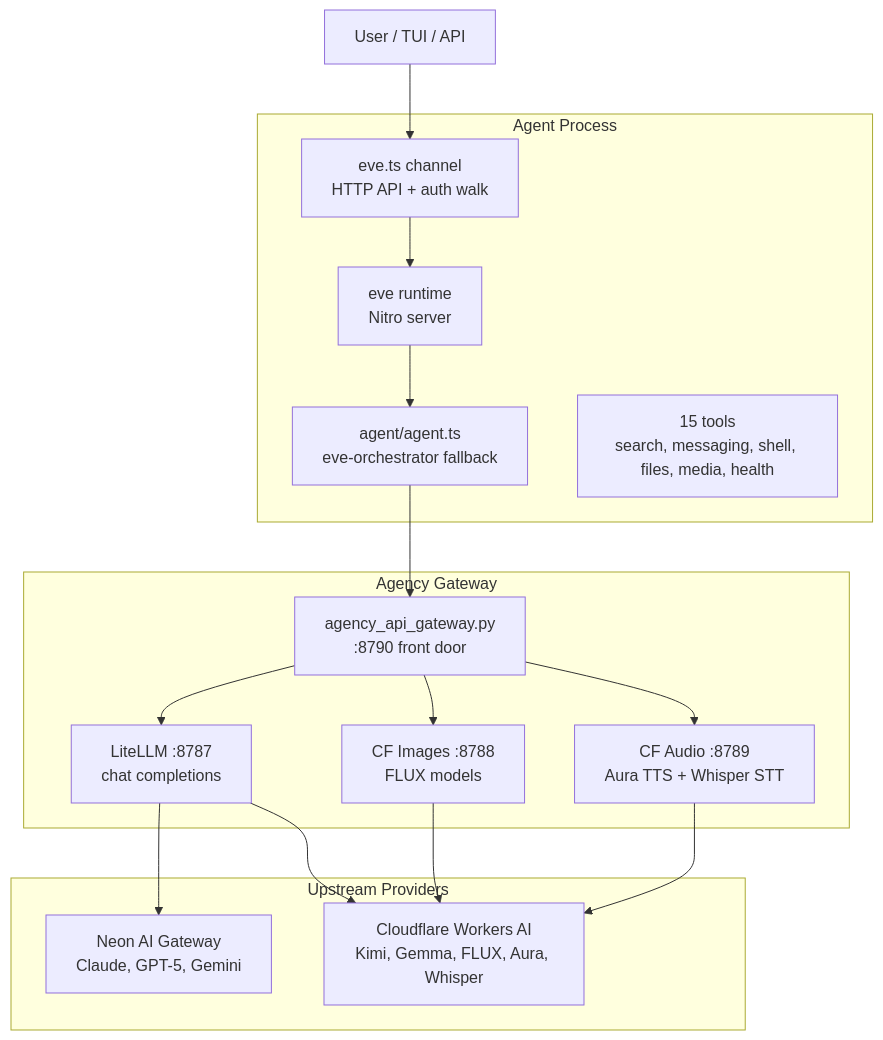
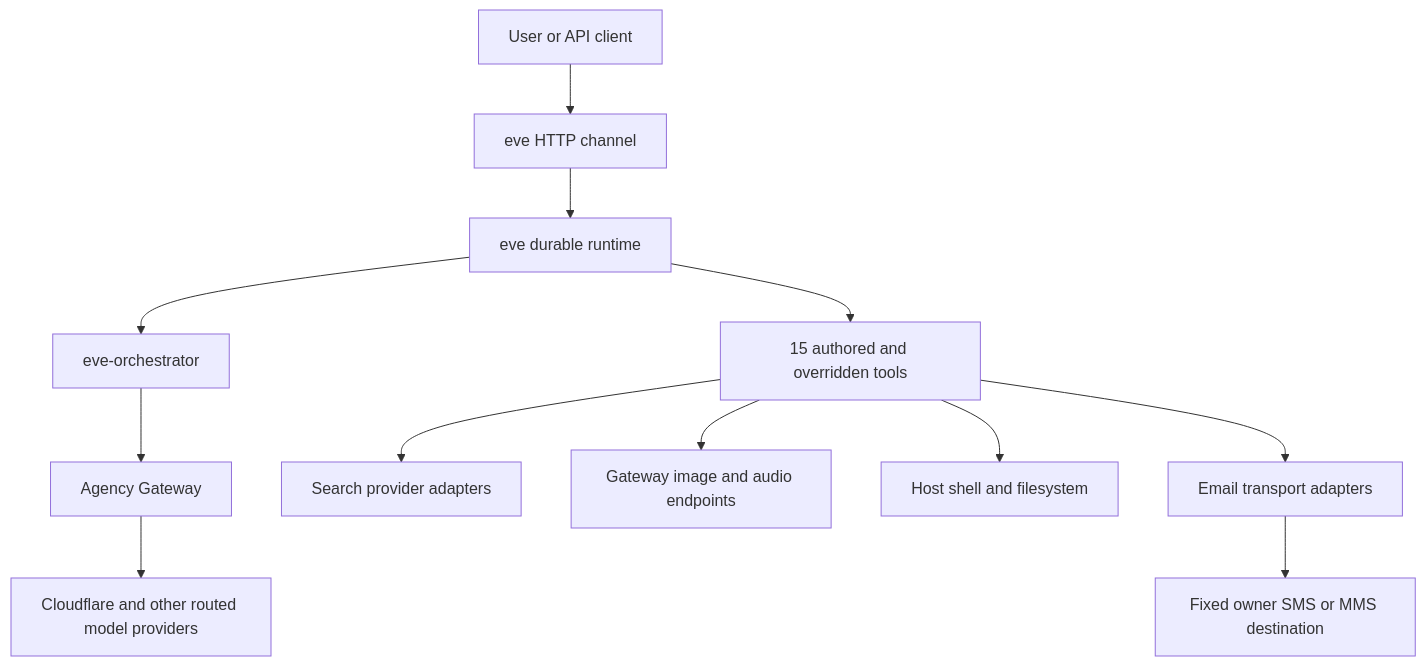
The diagram in docs/architecture.md (jamesnavinhill/eve), drawn with Mermaid before and after one commit. The commit also changed other lines of this file and 15 other files, not shown here.

````diff
--- a/docs/architecture.md
+++ b/docs/architecture.md
@@ -7,28 +10,14 @@
 ```mermaid
 graph TD
-    subgraph Agent Process
-        EVE[eve runtime<br/>Nitro server]
-        AGENT[agent/agent.ts<br/>eve-orchestrator fallback]
-        TOOLS[15 tools<br/>search, messaging, shell, files, media, health]
-        CH[eve.ts channel<br/>HTTP API + auth walk]
-    end
-
-    subgraph Agency Gateway
-        GW[agency_api_gateway.py<br/>:8790 front door]
-        LITELLM[LiteLLM :8787<br/>chat completions]
-        IMG[CF Images :8788<br/>FLUX models]
-        AUDIO[CF Audio :8789<br/>Aura TTS + Whisper STT]
-    end
-
-    subgraph Upstream Providers
-        NEON[Neon AI Gateway<br/>Claude, GPT-5, Gemini]
-        CF[Cloudflare Workers AI<br/>Kimi, Gemma, FLUX, Aura, Whisper]
-    end
-
-    USER[User / TUI / API] --> CH --> EVE
-    EVE --> AGENT --> GW
-    GW --> LITELLM --> NEON
-    LITELLM --> CF
-    GW --> IMG --> CF
-    GW --> AUDIO --> CF
+    USER[User or API client] --> HTTP[eve HTTP channel]
+    HTTP --> RUNTIME[eve durable runtime]
+    RUNTIME --> MODEL[eve-orchestrator]
+    MODEL --> GATEWAY[Agency Gateway]
+    GATEWAY --> PROVIDERS[Cloudflare and other routed model providers]
+    RUNTIME --> TOOLS[15 authored and overridden tools]
+    TOOLS --> SEARCH[Search provider adapters]
+    TOOLS --> MEDIA[Gateway image and audio endpoints]
+    TOOLS --> HOST[Host shell and filesystem]
+    TOOLS --> MESSAGE[Email transport adapters]
+    MESSAGE --> OWNER[Fixed owner SMS or MMS destination]
 ```
````
